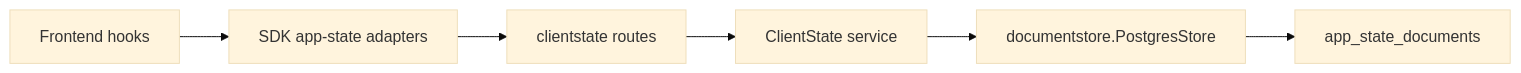
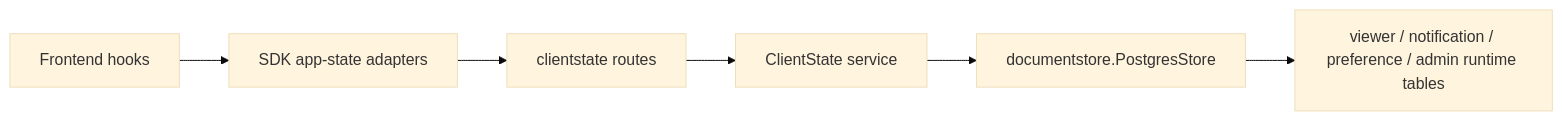
Before and after one commit to adyfk/bidanapp: the ninth of 12 diagrams in docs/system-flow-diagrams.md, drawn with Mermaid (base theme). The commit also changed other lines of this file and 164 other files, not shown here.

````diff
--- a/docs/system-flow-diagrams.md
+++ b/docs/system-flow-diagrams.md
@@ -305,8 +305,8 @@
 ```mermaid
 flowchart LR
   frontend["Frontend hooks"] --> sdk["SDK app-state adapters"]
   sdk --> api["clientstate routes"]
   api --> service["ClientState service"]
   service --> documentStore["documentstore.PostgresStore"]
-  documentStore --> db["app_state_documents"]
+  documentStore --> db["viewer / notification / preference / admin runtime tables"]
 ```
````
